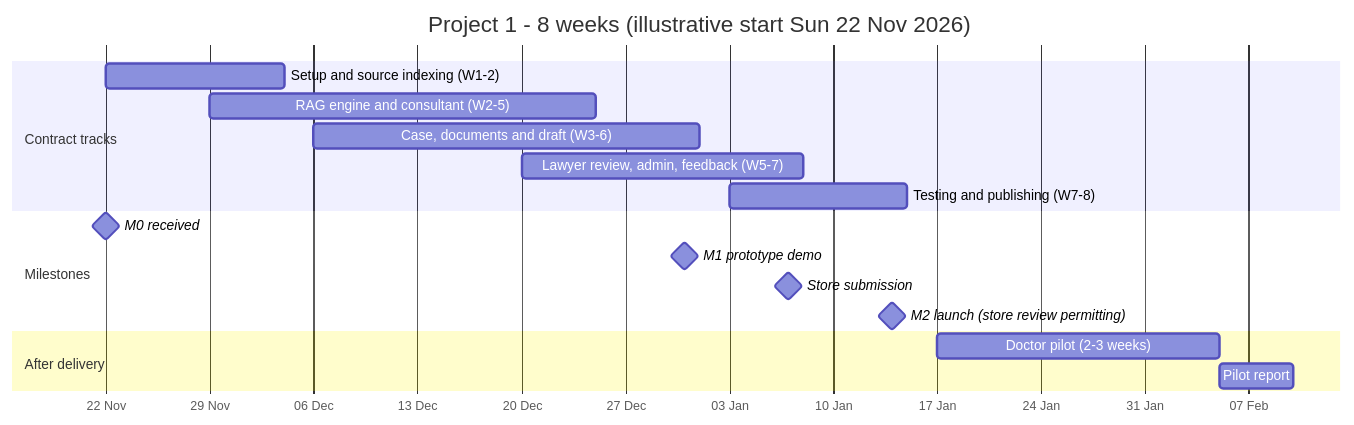
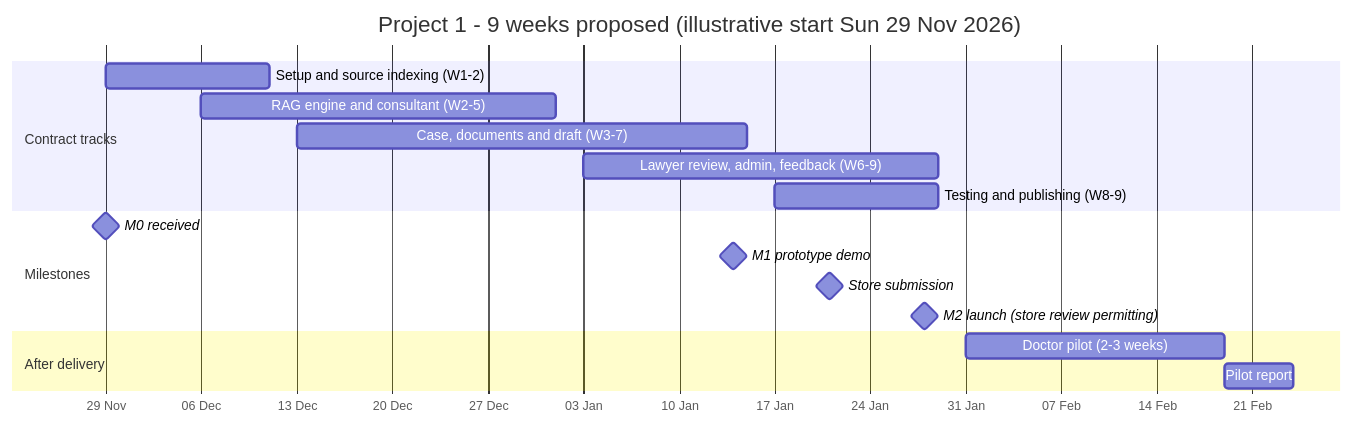
Before and after one commit to abdo-shrief270/DentLegal: the fourth of 4 diagrams in PROJECT1_PLAN.md, drawn with Mermaid. The commit also changed other lines of this file, not shown here.

````diff
--- a/PROJECT1_PLAN.md
+++ b/PROJECT1_PLAN.md
@@ -1444,20 +1461,20 @@
 ```mermaid
 gantt
-  title Project 1 - 8 weeks (illustrative start Sun 22 Nov 2026)
+  title Project 1 - 9 weeks proposed (illustrative start Sun 29 Nov 2026)
   dateFormat YYYY-MM-DD
   axisFormat %d %b
   section Contract tracks
-  Setup and source indexing (W1-2)        :a1, 2026-11-22, 12d
-  RAG engine and consultant (W2-5)        :a2, 2026-11-29, 26d
-  Case, documents and draft (W3-6)        :a3, 2026-12-06, 26d
-  Lawyer review, admin, feedback (W5-7)   :a4, 2026-12-20, 19d
-  Testing and publishing (W7-8)           :a5, 2027-01-03, 12d
+  Setup and source indexing (W1-2)        :a1, 2026-11-29, 12d
+  RAG engine and consultant (W2-5)        :a2, 2026-12-06, 26d
+  Case, documents and draft (W3-7)        :a3, 2026-12-13, 33d
+  Lawyer review, admin, feedback (W6-9)   :a4, 2027-01-03, 26d
+  Testing and publishing (W8-9)           :a5, 2027-01-17, 12d
   section Milestones
-  M0 received                             :milestone, m0, 2026-11-22, 0d
-  M1 prototype demo                       :milestone, m1, 2026-12-31, 0d
-  Store submission                        :milestone, s1, 2027-01-07, 0d
-  M2 launch (store review permitting)     :milestone, m2, 2027-01-14, 0d
+  M0 received                             :milestone, m0, 2026-11-29, 0d
+  M1 prototype demo                       :milestone, m1, 2027-01-14, 0d
+  Store submission                        :milestone, s1, 2027-01-21, 0d
+  M2 launch (store review permitting)     :milestone, m2, 2027-01-28, 0d
   section After delivery
-  Doctor pilot (2-3 weeks)                :p1, 2027-01-17, 19d
+  Doctor pilot (2-3 weeks)                :p1, 2027-01-31, 19d
   Pilot report                            :p2, after p1, 5d
 ```
````
